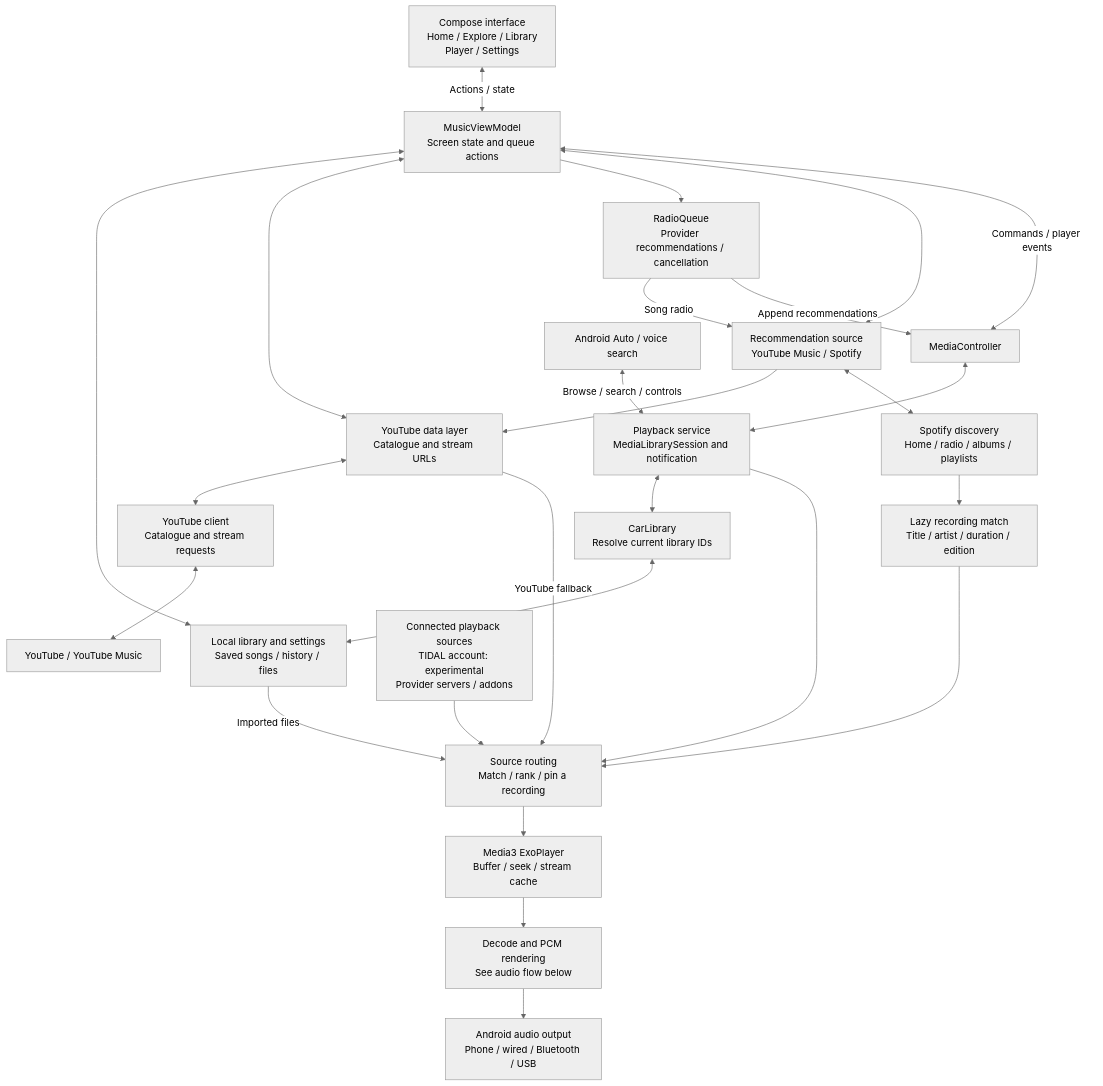
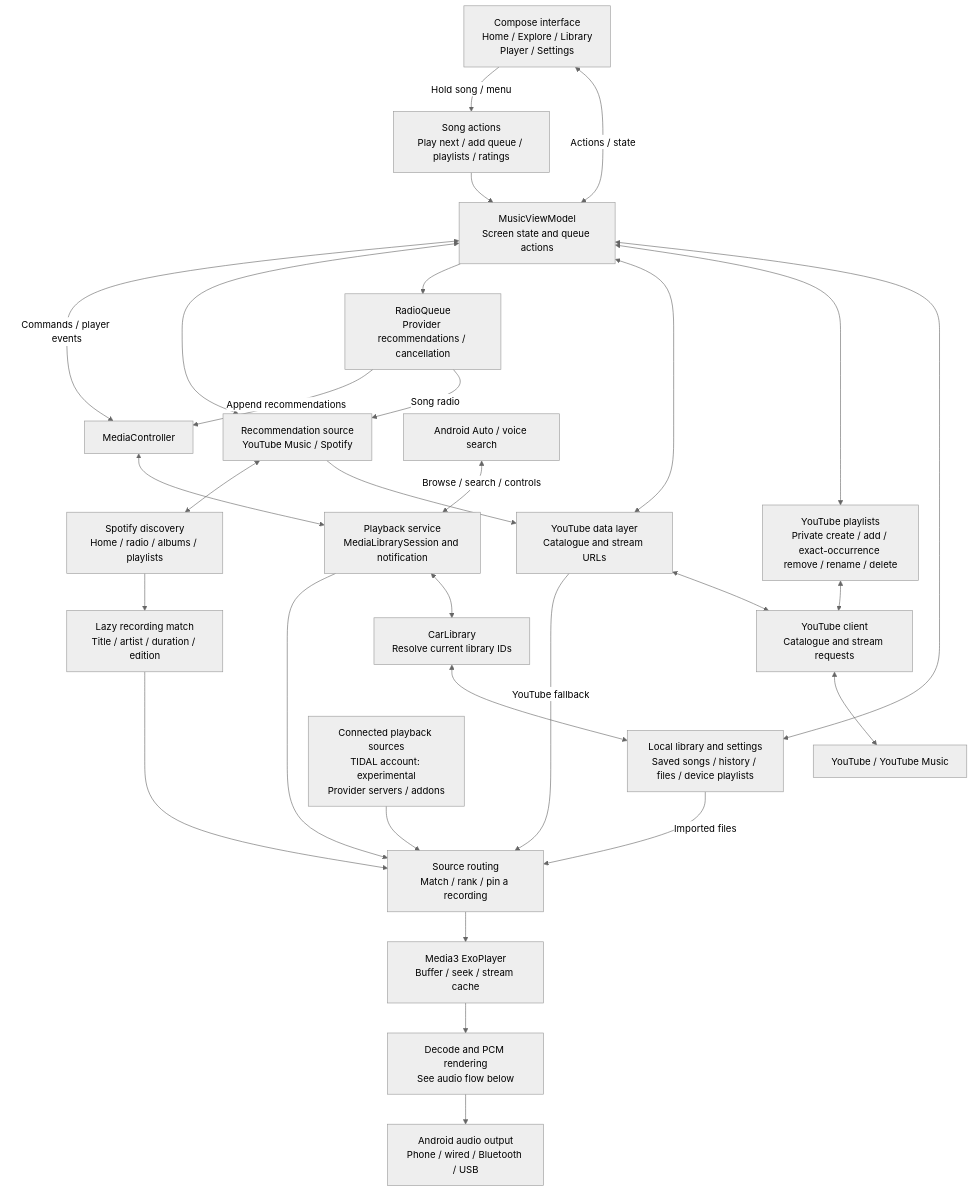
Before and after one commit to Pradyumna-RN/omni_play: the first of 4 diagrams in README.md, drawn with Mermaid (neutral theme). The commit also changed other lines of this file and 38 other files, not shown here.

Commit message:
Add song actions, YouTube playlists and suggestions; fix player motion

````diff
--- a/README.md
+++ b/README.md
@@ -113,30 +135,34 @@
 ```mermaid
 flowchart TB
     UI["Compose interface<br/>Home / Explore / Library<br/>Player / Settings"]
     VM["MusicViewModel<br/>Screen state and queue actions"]
     UI <-->|"Actions / state"| VM
-    VM <--> STORE["Local library and settings<br/>Saved songs / history / files"]
+    VM <--> STORE["Local library and settings<br/>Saved songs / history / files / device playlists"]
+    UI -->|"Hold song / menu"| ACTIONS["Song actions<br/>Play next / add queue / playlists / ratings"]
+    ACTIONS --> VM
+    VM <--> LISTS["YouTube playlists<br/>Private create / add / exact-occurrence remove / rename / delete"]
+    LISTS <--> ENGINE
     VM <--> YT["YouTube data layer<br/>Catalogue and stream URLs"]
     VM --> RADIO["RadioQueue<br/>Provider recommendations / cancellation"]
     VM <--> RECS["Recommendation source<br/>YouTube Music / Spotify"]
     RADIO -->|"Song radio"| RECS
     RECS --> YT
     RECS <--> SPOTIFY["Spotify discovery<br/>Home / radio / albums / playlists"]
     SPOTIFY --> MATCH["Lazy recording match<br/>Title / artist / duration / edition"]
     MATCH --> SELECT
     RADIO -->|"Append recommendations"| CONTROL
     YT <--> ENGINE["YouTube client<br/>Catalogue and stream requests"]
     ENGINE <--> CLOUD["YouTube / YouTube Music"]
     VM <-->|"Commands / player events"| CONTROL["MediaController"]
     CONTROL <--> SERVICE["Playback service<br/>MediaLibrarySession and notification"]
     CAR["Android Auto / voice search"] <-->|"Browse / search / controls"| SERVICE
     SERVICE <--> CARLIB["CarLibrary<br/>Resolve current library IDs"]
     CARLIB <--> STORE
     SERVICE --> SELECT["Source routing<br/>Match / rank / pin a recording"]
     STORE -->|"Imported files"| SELECT
     YT -->|"YouTube fallback"| SELECT
     SOURCES["Connected playback sources<br/>TIDAL account: experimental<br/>Provider servers / addons"] --> SELECT
     SELECT --> PLAYER["Media3 ExoPlayer<br/>Buffer / seek / stream cache"]
     PLAYER --> AUDIO["Decode and PCM rendering<br/>See audio flow below"]
     AUDIO --> OUTPUT["Android audio output<br/>Phone / wired / Bluetooth / USB"]
 ```
````
